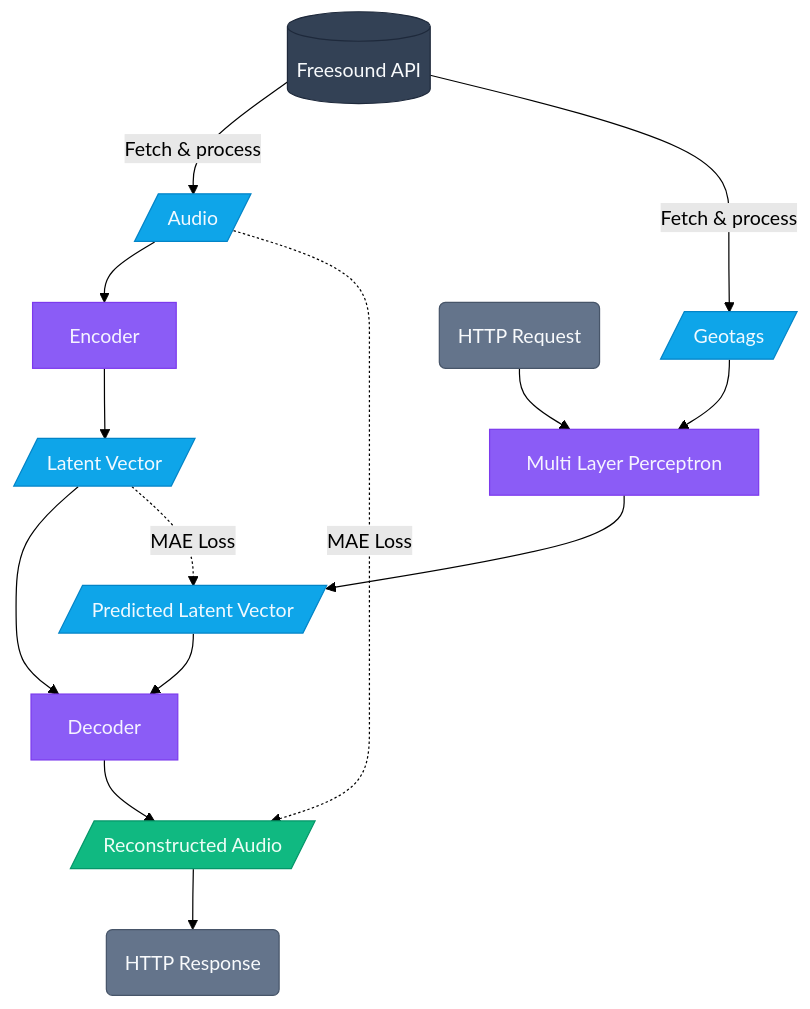
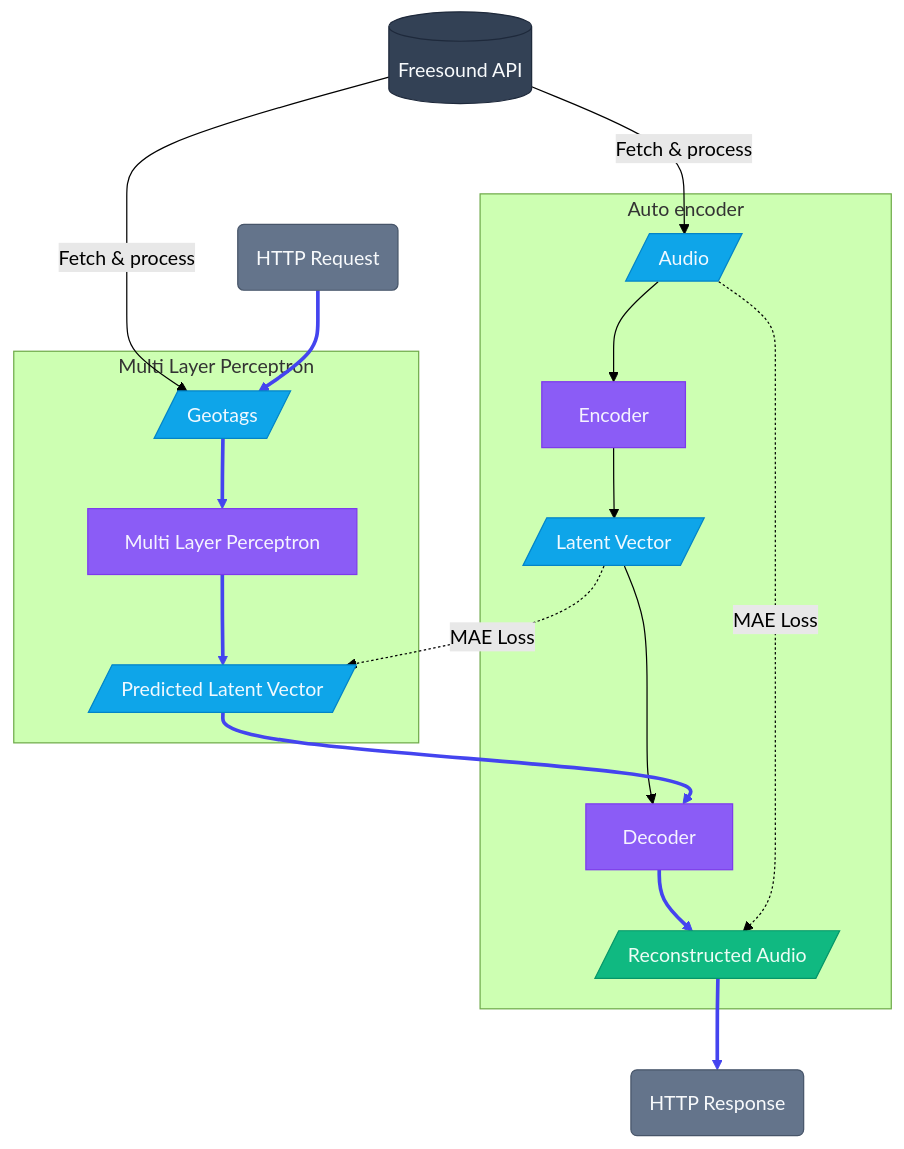
One commit to vivekvjyn/GeoSynth changed the diagram in README.md. Above: the diagram before and after it, drawn with Mermaid (forest theme). The commit also changed 1 other file, not shown here.

Commit message:
model retraining setup

````diff
--- a/README.md
+++ b/README.md
@@ -14,31 +14,42 @@
 ```mermaid
 flowchart TD
     DB[(Freesound API)] -->|Fetch & process| A[/Audio/]
     DB -->|Fetch & process| G[/Geotags/]
+
+    subgraph "Auto encoder"
+      A --> EN[Encoder]
+      EN --> LV[/Latent Vector/]
+      LV --> DE[Decoder]
+      DE --> RA[/Reconstructed Audio/]
+      A -.->|MAE Loss| RA
+    end
+
+    subgraph "Multi Layer Perceptron"
+      G --> MLP[Multi Layer Perceptron]
+      MLP --> PLV[/Predicted Latent Vector/]
+      PLV --> DE
+      LV -.->|MAE Loss| PLV
+    end
     
-    A --> EN[Encoder]
-    EN --> LV[/Latent Vector/]
-    LV --> DE[Decoder]
-    DE --> RA[/Reconstructed Audio/]
-    A -.->|MAE Loss| RA
-    
-    G --> MLP[Multi Layer Perceptron]
-    MLP --> PLV[/Predicted Latent Vector/]
-    PLV --> DE
-    LV -.->|MAE Loss| PLV
-    
-    HRQ(HTTP Request) --> MLP
+    HRQ(HTTP Request) --> G
     RA --> HRS(HTTP Response)
+
+    linkStyle 9 stroke:#4444ef,stroke-width:3px
+    linkStyle 7 stroke:#4444ef,stroke-width:3px
+    linkStyle 8 stroke:#4444ef,stroke-width:3px
+    linkStyle 11 stroke:#4444ef,stroke-width:3px
+    linkStyle 5 stroke:#4444ef,stroke-width:3px
+    linkStyle 12 stroke:#4444ef,stroke-width:3px
     
     style DB fill:#334155,stroke:#1e293b,color:#f8fafc
     style A fill:#0ea5e9,stroke:#0284c7,color:#f0f9ff
     style G fill:#0ea5e9,stroke:#0284c7,color:#f0f9ff
     style EN fill:#8b5cf6,stroke:#7c3aed,color:#f5f3ff
     style LV fill:#0ea5e9,stroke:#0284c7,color:#f0f9ff
     style DE fill:#8b5cf6,stroke:#7c3aed,color:#f5f3ff
     style RA fill:#10b981,stroke:#059669,color:#ecfdf5
     style MLP fill:#8b5cf6,stroke:#7c3aed,color:#f5f3ff
     style PLV fill:#0ea5e9,stroke:#0284c7,color:#f0f9ff
     style HRQ fill:#64748b,stroke:#475569,color:#f8fafc
     style HRS fill:#64748b,stroke:#475569,color:#f8fafc
 ```
````
